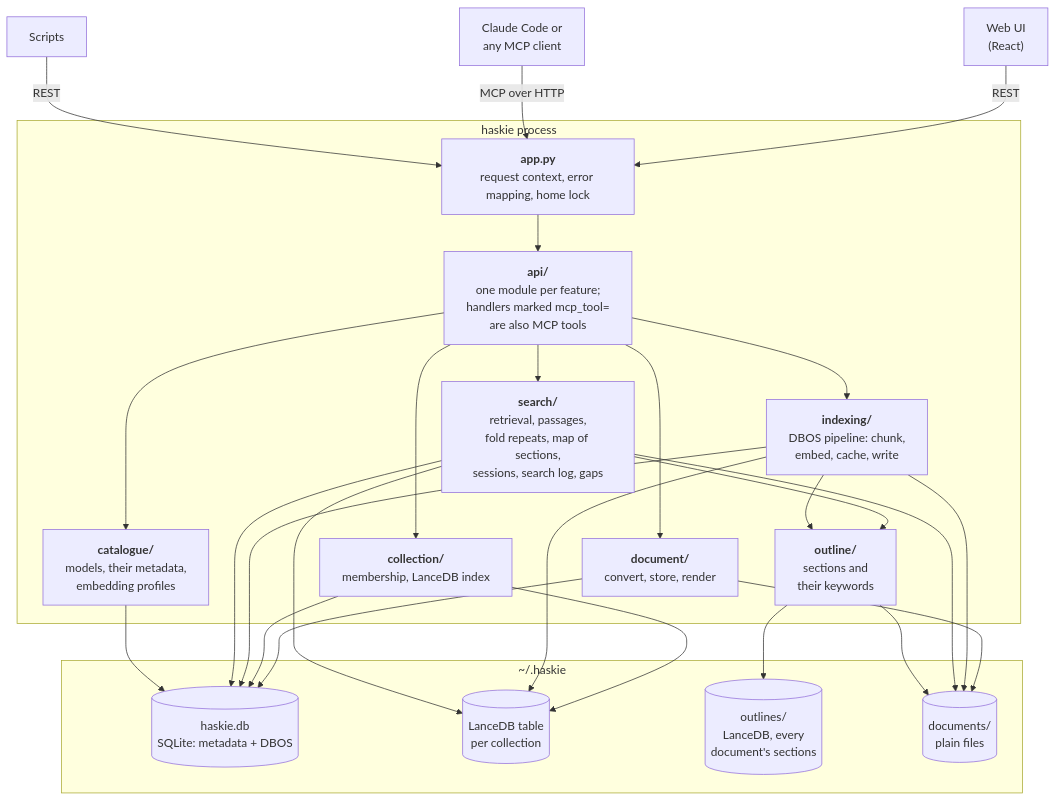
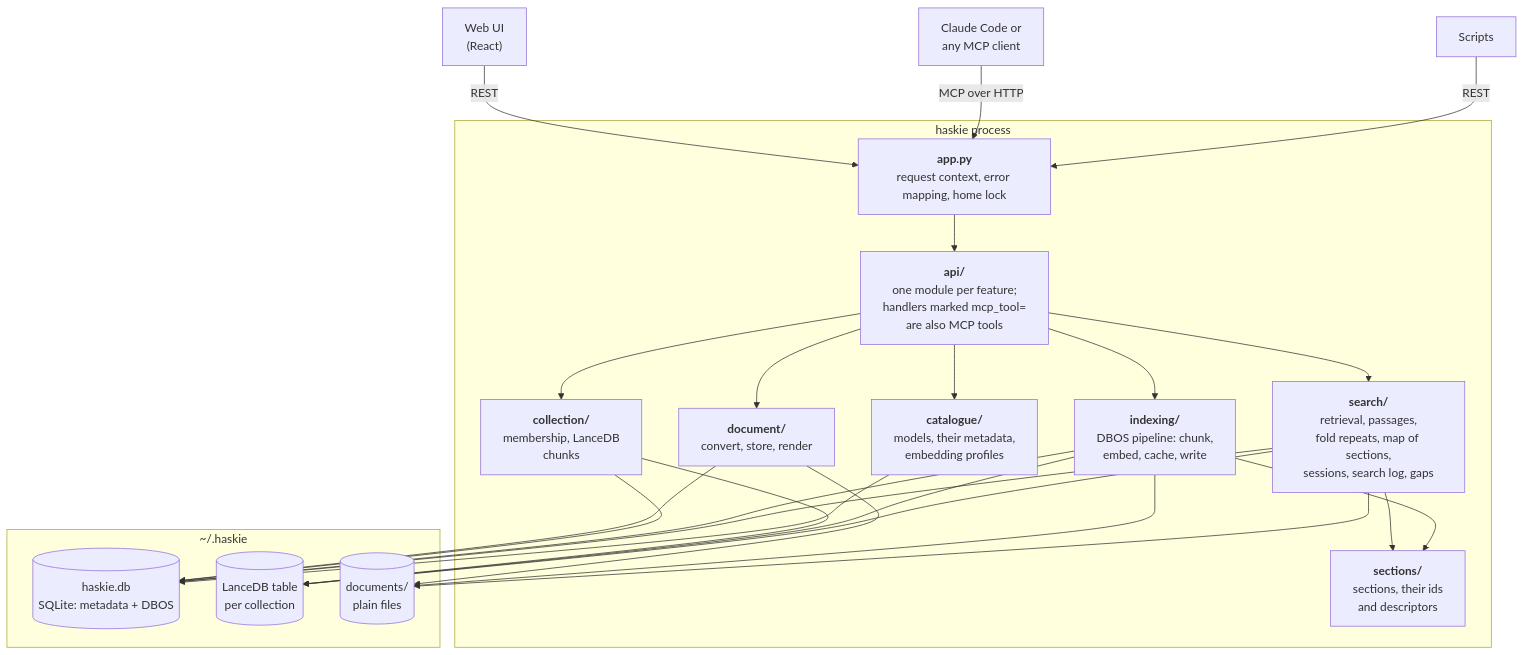
The first of 2 diagrams in docs/architecture.md (haskian/haskie), drawn with Mermaid before and after one commit. The commit also changed 82 other files, not shown here.

````diff
--- a/docs/architecture.md
+++ b/docs/architecture.md
@@ -6,40 +6,37 @@
 ```mermaid
 flowchart TB
     ui["Web UI<br/>(React)"] -- REST --> app
     agent["Claude Code or<br/>any MCP client"] -- "MCP over HTTP" --> app
     scripts["Scripts"] -- REST --> app
 
     subgraph process["haskie process"]
         app["<b>app.py</b><br/>request context, error mapping, home lock"]
         api["<b>api/</b><br/>one module per feature;<br/>handlers marked mcp_tool=<br/>are also MCP tools"]
         app --> api
         api --> document["<b>document/</b><br/>convert, store, render"]
-        api --> collection["<b>collection/</b><br/>membership, LanceDB index"]
+        api --> collection["<b>collection/</b><br/>membership, LanceDB<br/>chunks"]
         api --> search["<b>search/</b><br/>retrieval, passages,<br/>fold repeats, map of sections,<br/>sessions, search log, gaps"]
-        search --> outline["<b>outline/</b><br/>sections and<br/>their keywords"]
+        search --> sections["<b>sections/</b><br/>sections, their ids<br/>and descriptors"]
         api --> indexing["<b>indexing/</b><br/>DBOS pipeline: chunk,<br/>embed, cache, write"]
-        indexing --> outline
+        indexing --> sections
         api --> catalogue["<b>catalogue/</b><br/>models, their metadata,<br/>embedding profiles"]
     end
 
     subgraph home["~/.haskie"]
         sqlite[("haskie.db<br/>SQLite: metadata + DBOS")]
         lance[("LanceDB table<br/>per collection")]
-        outlines[("outlines/<br/>LanceDB, every<br/>document's sections")]
         files[("documents/<br/>plain files")]
     end
 
     document --> files
     document --> sqlite
     collection --> lance
     collection --> sqlite
     indexing --> sqlite
     indexing --> lance
     indexing --> files
     search --> lance
     search --> sqlite
     search --> files
     catalogue --> sqlite
-    outline --> outlines
-    outline --> files
 ```
````
